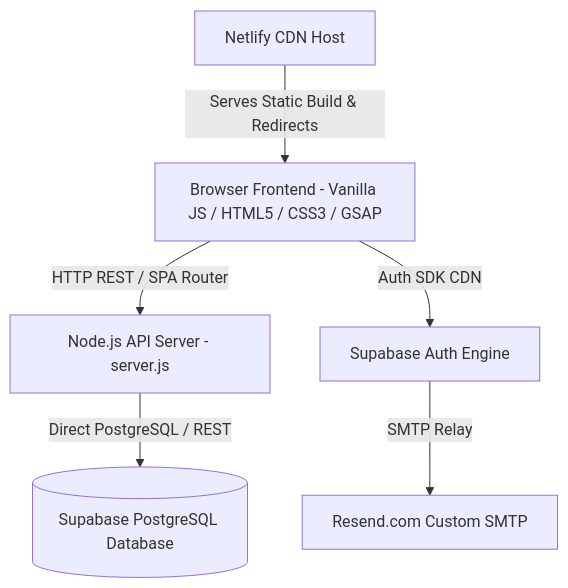
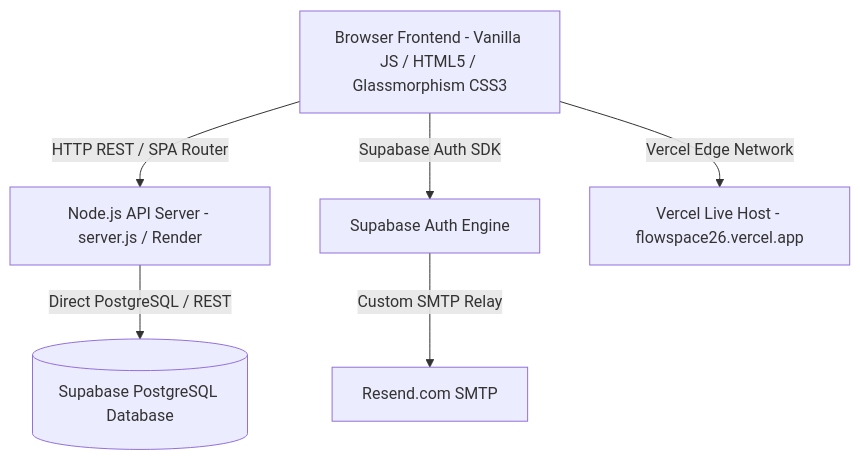
The diagram in docs/architecture.md (Annu1901/Flowspace), drawn with Mermaid before and after one commit. The commit also changed other lines of this file and 6 other files, not shown here.

Commit message:
Update all documentation files in docs/ and README.md as per latest features, Vercel deployment, and API additions

````diff
--- a/docs/architecture.md
+++ b/docs/architecture.md
@@ -5,8 +5,8 @@
 ```mermaid
 graph TD
-    Client[Browser Frontend - Vanilla JS / HTML5 / CSS3 / GSAP] -->|HTTP REST / SPA Router| Server[Node.js API Server - server.js]
-    Client -->|Auth SDK CDN| SupabaseAuth[Supabase Auth Engine]
+    Client[Browser Frontend - Vanilla JS / HTML5 / Glassmorphism CSS3] -->|HTTP REST / SPA Router| Server[Node.js API Server - server.js / Render]
+    Client -->|Supabase Auth SDK| SupabaseAuth[Supabase Auth Engine]
     Server -->|Direct PostgreSQL / REST| SupabaseDB[(Supabase PostgreSQL Database)]
-    SupabaseAuth -->|SMTP Relay| Resend[Resend.com Custom SMTP]
-    Netlify[Netlify CDN Host] -->|Serves Static Build & Redirects| Client
+    Client -->|Vercel Edge Network| Vercel[Vercel Live Host - flowspace26.vercel.app]
+    SupabaseAuth -->|Custom SMTP Relay| Resend[Resend.com SMTP]
 ```
````
